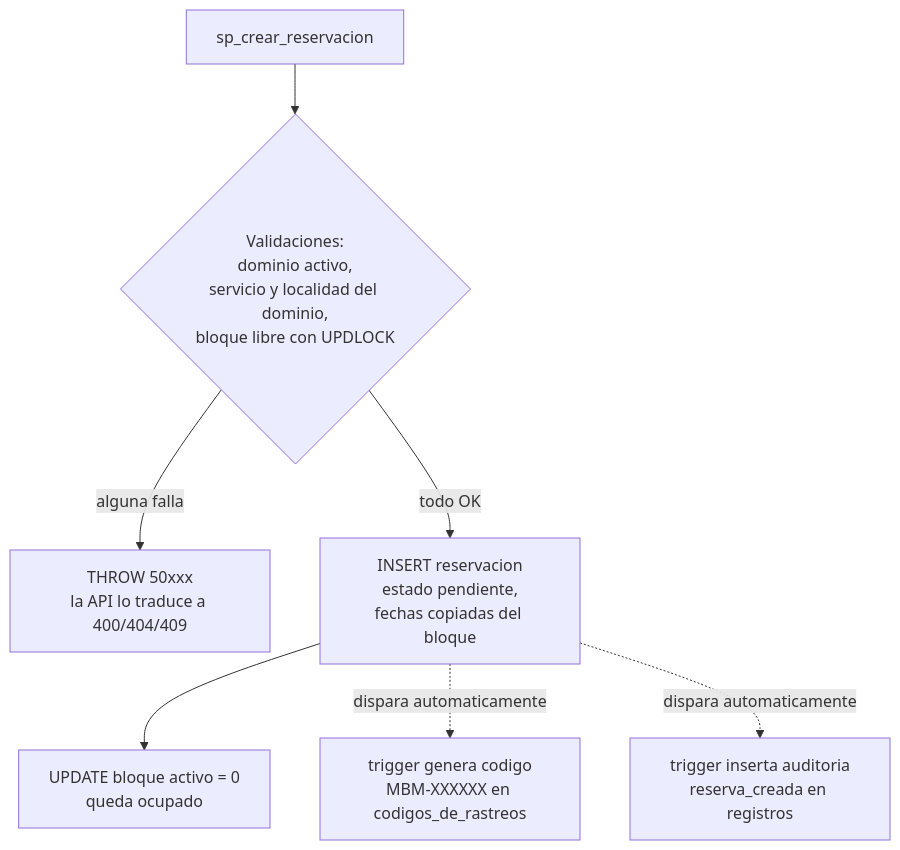
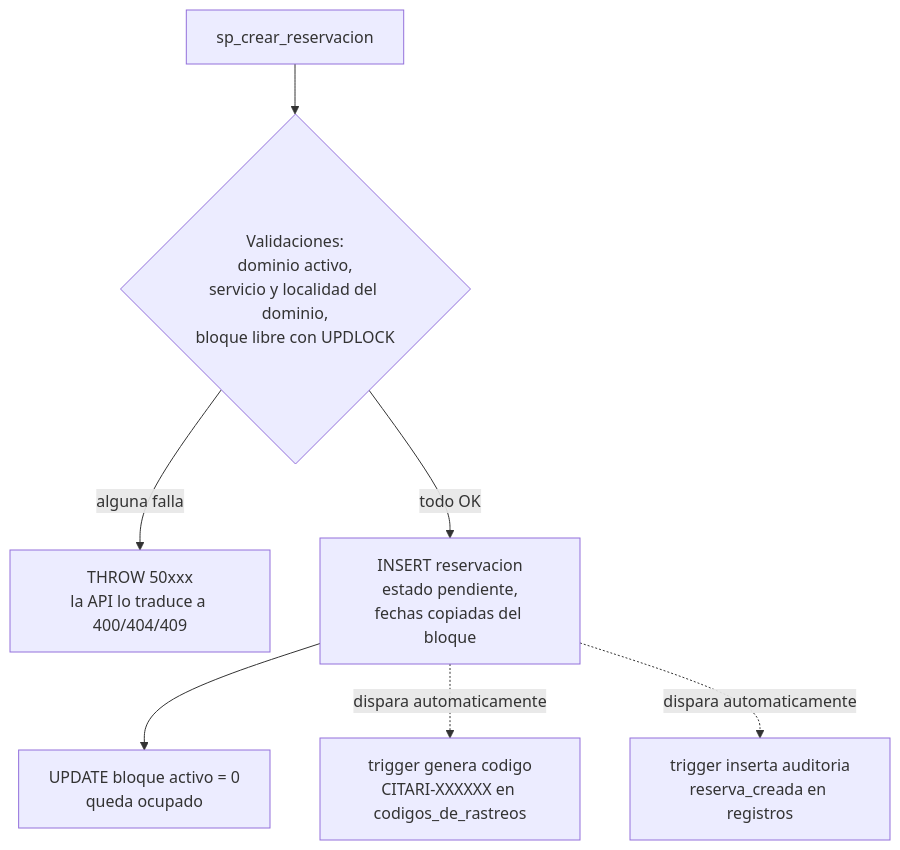
One commit to handelenriquezacuna/multiTenantBookingManager changed the second of 4 diagrams in docs/database-and-sql-implementado.md. Above: the diagram before and after it, drawn with Mermaid. The commit also changed other lines of this file and 52 other files, not shown here.

First line of the commit message:
chore: rebrand MBM -> Citari across the whole project

````diff
--- a/docs/database-and-sql-implementado.md
+++ b/docs/database-and-sql-implementado.md
@@ -130,9 +130,9 @@
 ```mermaid
 flowchart TD
     A[sp_crear_reservacion] --> B{Validaciones:<br/>dominio activo,<br/>servicio y localidad del dominio,<br/>bloque libre con UPDLOCK}
     B -- alguna falla --> X[THROW 50xxx<br/>la API lo traduce a 400/404/409]
     B -- todo OK --> C[INSERT reservacion<br/>estado pendiente,<br/>fechas copiadas del bloque]
     C --> D[UPDATE bloque activo = 0<br/>queda ocupado]
-    C -. dispara automaticamente .-> E[trigger genera codigo<br/>MBM-XXXXXX en codigos_de_rastreos]
+    C -. dispara automaticamente .-> E[trigger genera codigo<br/>CITARI-XXXXXX en codigos_de_rastreos]
     C -. dispara automaticamente .-> F[trigger inserta auditoria<br/>reserva_creada en registros]
 ```
````
